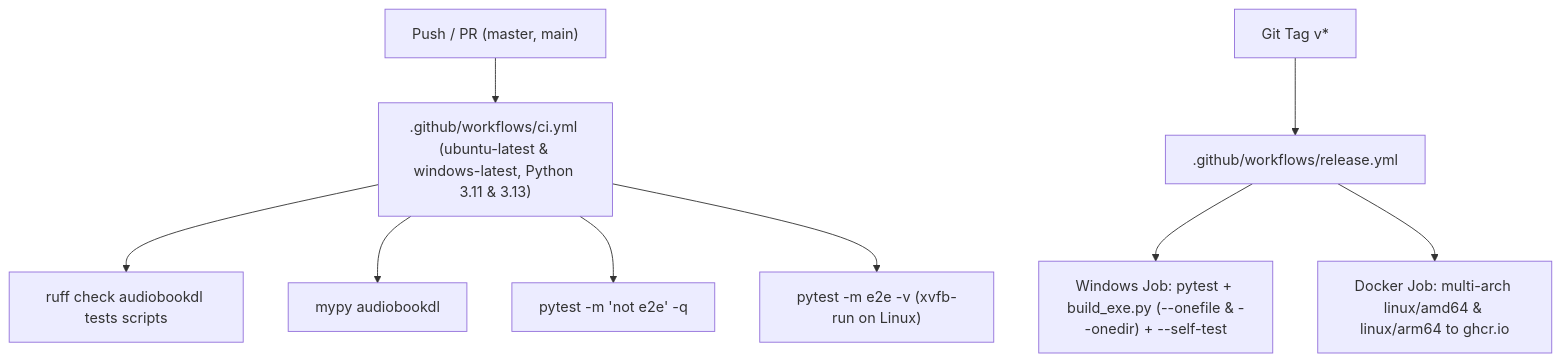
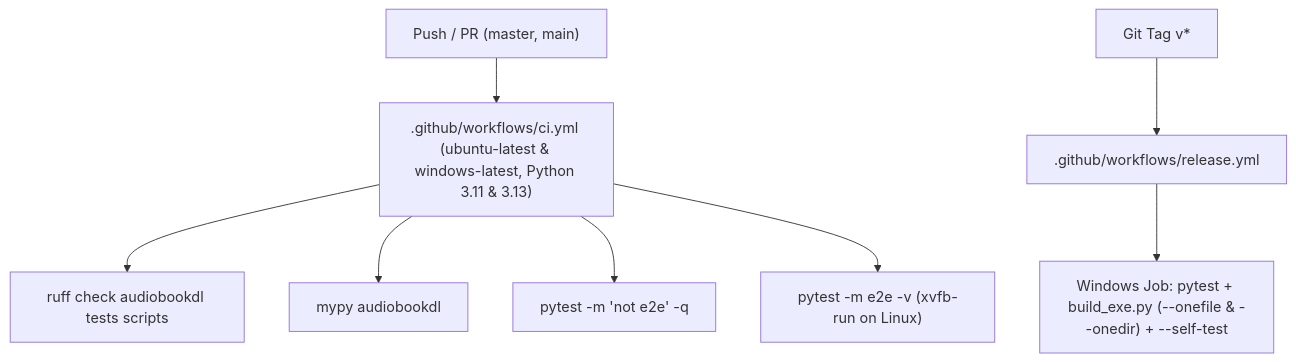
Before and after one commit to AndersonDiego42/audiobook-dl: the third of 3 diagrams in docs/workflows.md, drawn with Mermaid. The commit also changed other lines of this file and 87 other files, not shown here.

````diff
--- a/docs/workflows.md
+++ b/docs/workflows.md
@@ -82,12 +77,11 @@
 ```mermaid
 flowchart TD
     Push["Push / PR (master, main)"] --> CI[".github/workflows/ci.yml (ubuntu-latest & windows-latest, Python 3.11 & 3.13)"]
     CI --> Lint["ruff check audiobookdl tests scripts"]
     CI --> TypeCheck["mypy audiobookdl"]
     CI --> UnitTest["pytest -m 'not e2e' -q"]
     CI --> E2ETest["pytest -m e2e -v (xvfb-run on Linux)"]
 
     Tag["Git Tag v*"] --> Rel[".github/workflows/release.yml"]
     Rel --> WinJob["Windows Job: pytest + build_exe.py (--onefile & --onedir) + --self-test"]
-    Rel --> DockerJob["Docker Job: multi-arch linux/amd64 & linux/arm64 to ghcr.io"]
 ```
````
